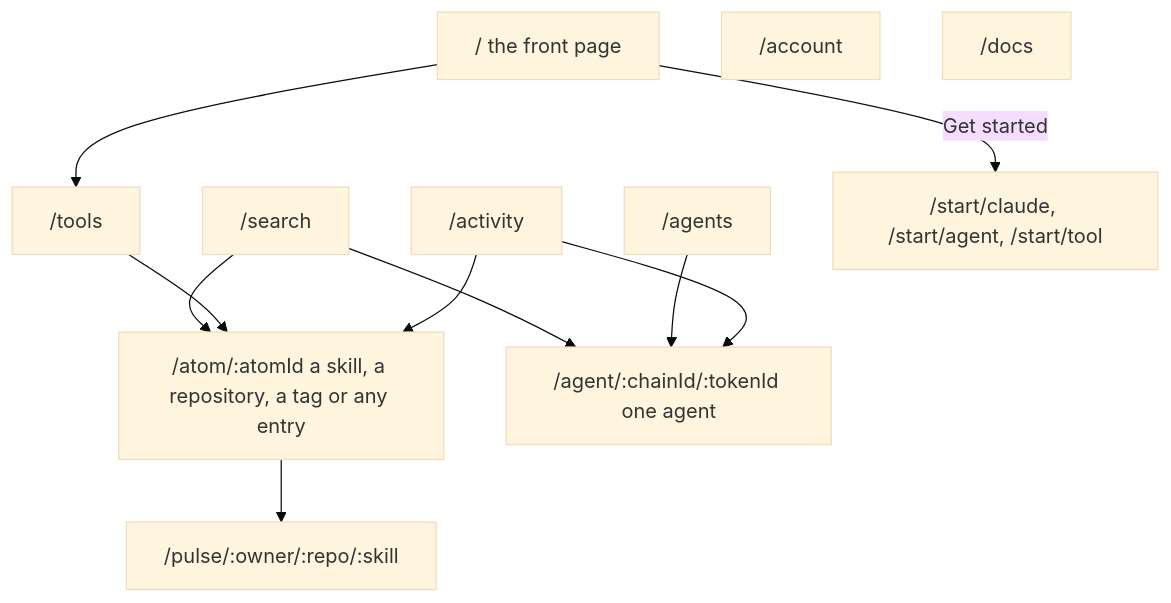
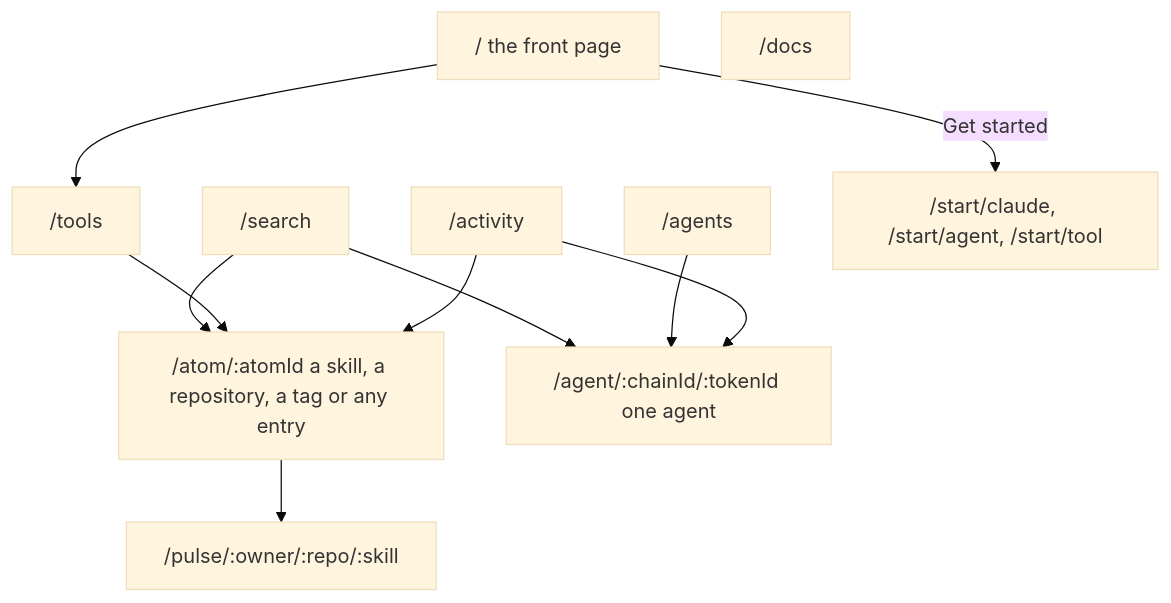
One commit to intuition-box/ARP changed the diagram in apps/web/public/docs/web-app.md. Above: the diagram before and after it, drawn with Mermaid (base theme). The commit also changed other lines of this file and 6 other files, not shown here.

````diff
--- a/apps/web/public/docs/web-app.md
+++ b/apps/web/public/docs/web-app.md
@@ -7,24 +7,23 @@
 ```mermaid
 flowchart TB
     home["/ the front page"]
     search["/search"]
     tools["/tools"]
     agents["/agents"]
     activity["/activity"]
     start["/start/claude, /start/agent, /start/tool"]
     atom["/atom/:atomId a skill, a repository, a tag or any entry"]
     agent["/agent/:chainId/:tokenId one agent"]
     pulse["/pulse/:owner/:repo/:skill"]
-    account["/account"]
     docs["/docs"]
 
     home -- "Get started" --> start
     home --> tools
     search --> atom
     search --> agent
     tools --> atom
     agents --> agent
     atom --> pulse
     activity --> atom
     activity --> agent
 ```
````
